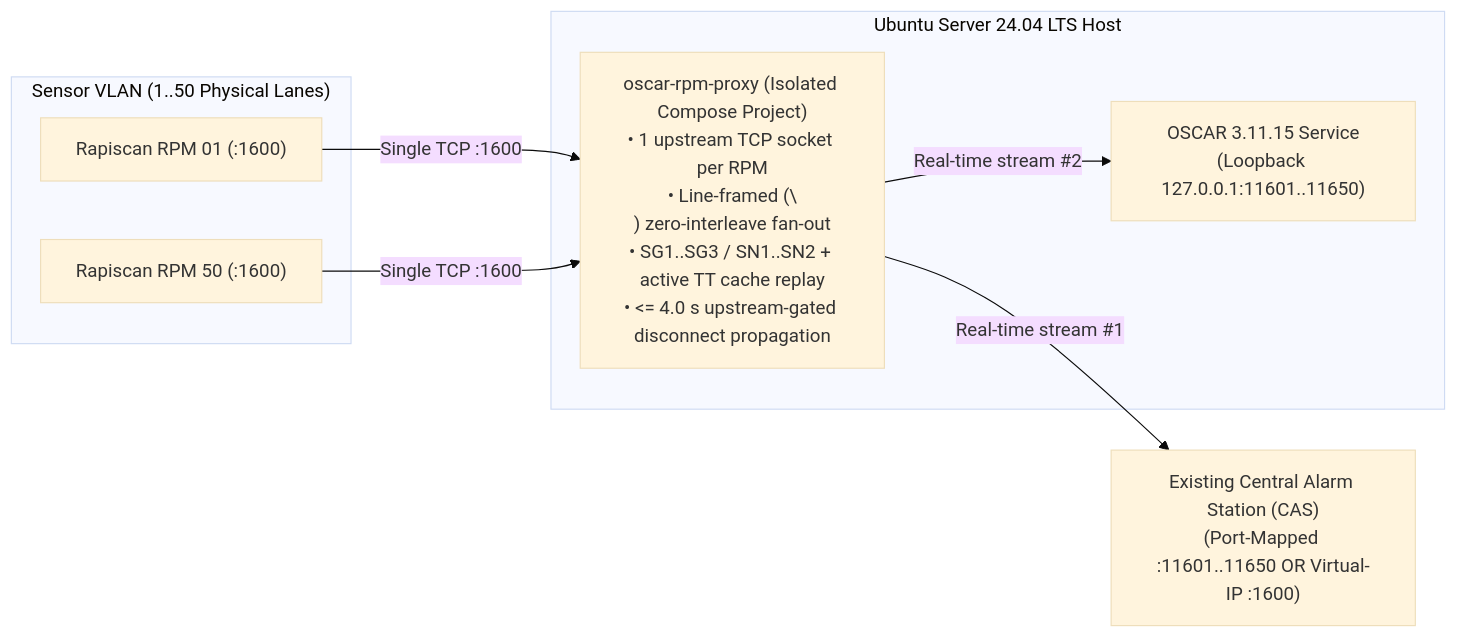
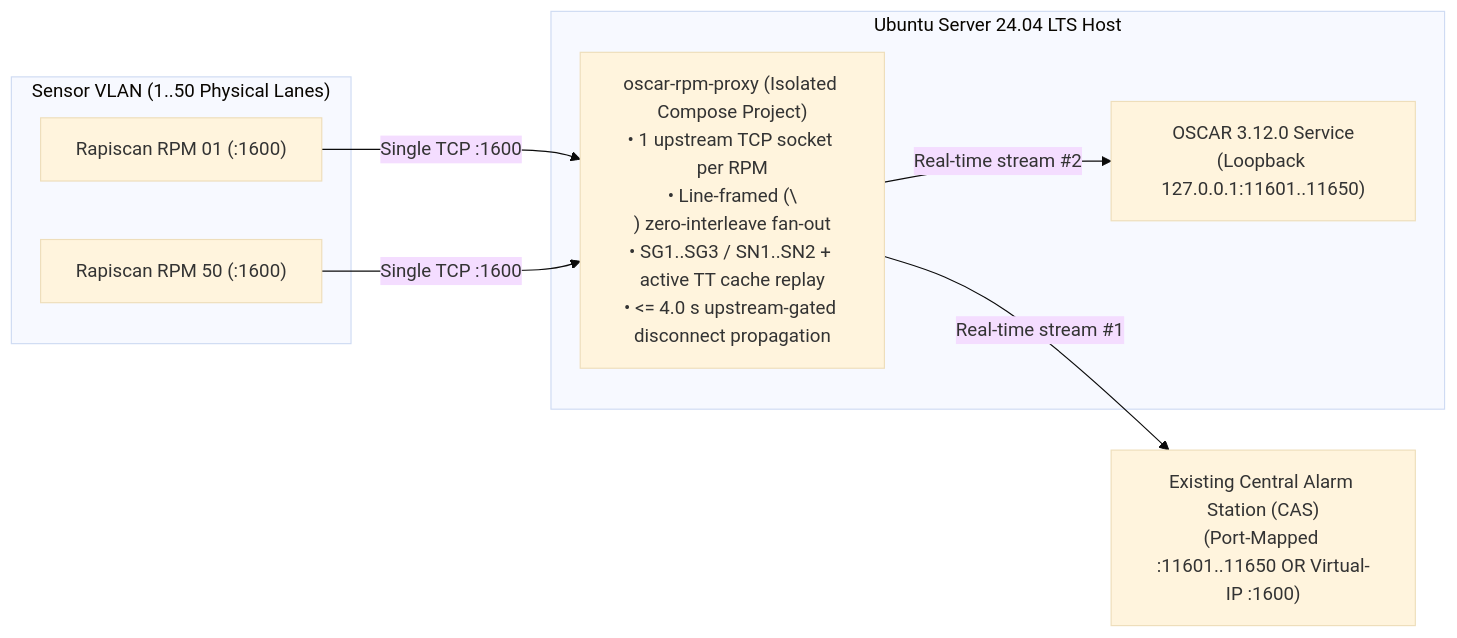
Before and after one commit to ORNL/oscar: the diagram in docs/RPM_EDGE_PROXY_GUIDE.md, drawn with Mermaid (base theme). The commit also changed other lines of this file and 37 other files, not shown here.

````diff
--- a/docs/RPM_EDGE_PROXY_GUIDE.md
+++ b/docs/RPM_EDGE_PROXY_GUIDE.md
@@ -13,19 +13,19 @@
 ```mermaid
 flowchart LR
     subgraph SensorVLAN["Sensor VLAN (1..50 Physical Lanes)"]
         RPM1["Rapiscan RPM 01 (:1600)"]
         RPM50["Rapiscan RPM 50 (:1600)"]
     end
 
     subgraph OscarHost["Ubuntu Server 24.04 LTS Host"]
         Proxy["oscar-rpm-proxy (Isolated Compose Project)\n• 1 upstream TCP socket per RPM\n• Line-framed (\\n) zero-interleave fan-out\n• SG1..SG3 / SN1..SN2 + active TT cache replay\n• <= 4.0 s upstream-gated disconnect propagation"]
-        OSCAR["OSCAR 3.11.15 Service\n(Loopback 127.0.0.1:11601..11650)"]
+        OSCAR["OSCAR 3.12.0 Service\n(Loopback 127.0.0.1:11601..11650)"]
     end
 
     CAS["Existing Central Alarm Station (CAS)\n(Port-Mapped :11601..11650 OR Virtual-IP :1600)"]
 
     RPM1 -->|"Single TCP :1600"| Proxy
     RPM50 -->|"Single TCP :1600"| Proxy
     Proxy -->|"Real-time stream #1"| CAS
     Proxy -->|"Real-time stream #2"| OSCAR
 ```
````
